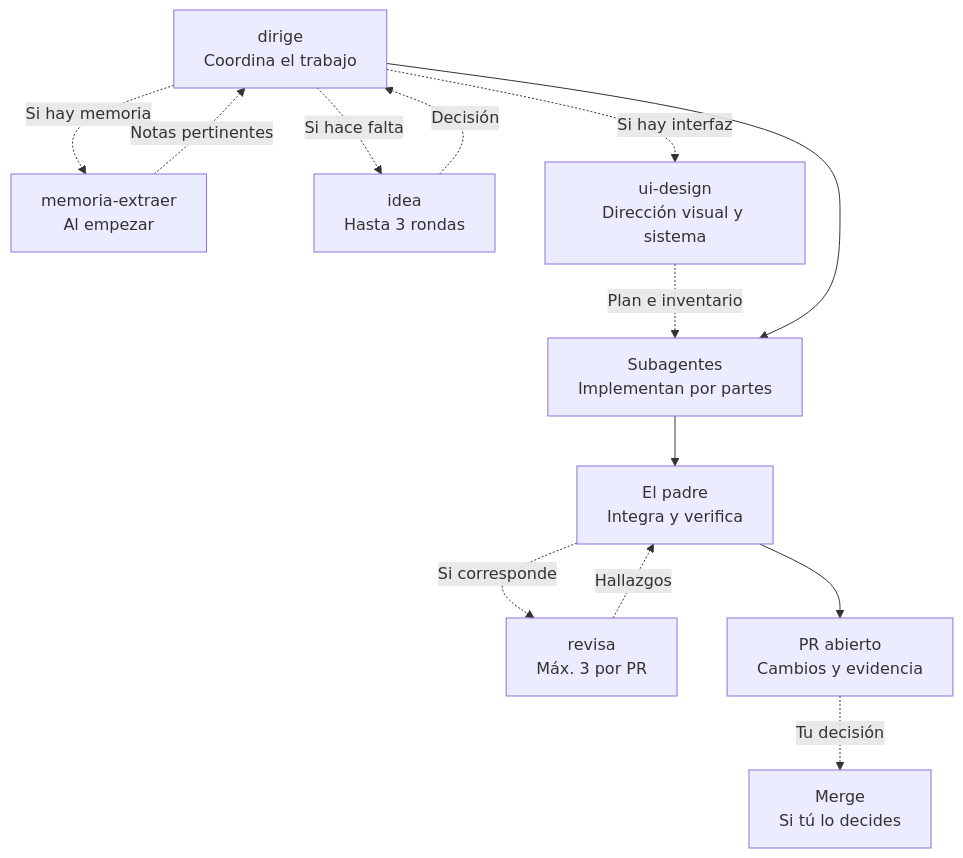
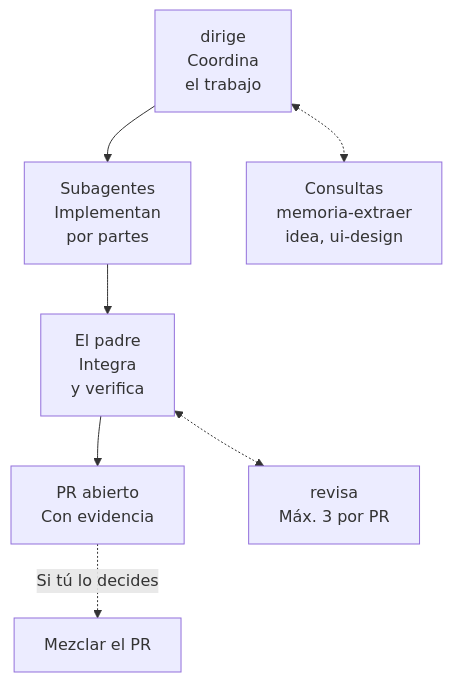
The first of 6 diagrams in README.md (peqa-ai/peqa-workflows), drawn with Mermaid before and after one commit. The commit also changed other lines of this file, not shown here.

Commit message:
docs(readme): español sin anglicismos y primer diagrama legible en el teléfono (#13)
Quita anglicismos de la prosa del README (rechecks, nitpicks, blast radius, review, tests, brief, screenshots y otros) y reorganiza el primer diagrama en una columna: su viewBox pasa de 987 a 447 de ancho y cabe entero en un teléfono de 375 px.

````diff
--- a/README.md
+++ b/README.md
@@ -11,26 +11,19 @@
 ```mermaid
 flowchart TD
     accTitle: Coordinación de una implementación con PEQA
-    accDescr: Al empezar, dirige recupera con memoria-extraer las notas del proyecto pertinentes para el encargo, si hay memoria. El padre coordina subagentes, integra y verifica su trabajo. Puede consultar idea para decisiones, fijar con ui-design la dirección visual antes de repartir trabajo de interfaz y pedir a revisa una revisión independiente. Los resultados vuelven al padre, que conserva la responsabilidad de entregar. La entrega es un PR abierto, y el merge solo ocurre si el usuario lo decide.
+    accDescr: El recorrido principal baja en una columna. dirige coordina el trabajo, los subagentes implementan por partes, el padre integra y verifica, y la entrega es un PR abierto con evidencia, que se mezcla solo si el usuario lo decide. A un lado, con enlaces punteados de ida y vuelta, dirige consulta si hace falta a memoria-extraer al empezar, a idea para decidir y a ui-design para la dirección visual, y el padre pide a revisa revisiones independientes, como máximo 3 por PR, cuyos hallazgos vuelven a él.
 
-    dirige["dirige<br/>Coordina el trabajo"]
-    memoria["memoria-extraer<br/>Al empezar"]
-    idea["idea<br/>Hasta 3 rondas"]
-    ui["ui-design<br/>Dirección visual y sistema"]
-    agentes["Subagentes<br/>Implementan por partes"]
-    padre["El padre<br/>Integra y verifica"]
+    dirige["dirige<br/>Coordina<br/>el trabajo"]
+    consultas["Consultas<br/>memoria-extraer<br/>idea, ui-design"]
+    agentes["Subagentes<br/>Implementan<br/>por partes"]
+    padre["El padre<br/>Integra<br/>y verifica"]
     revisa["revisa<br/>Máx. 3 por PR"]
-    entrega["PR abierto<br/>Cambios y evidencia"]
-    merge["Merge<br/>Si tú lo decides"]
+    entrega["PR abierto<br/>Con evidencia"]
+    mezcla["Mezclar el PR"]
 
-    dirige -. "Si hay memoria" .-> memoria
-    memoria -. "Notas pertinentes" .-> dirige
-    dirige -. "Si hace falta" .-> idea
-    idea -. "Decisión" .-> dirige
-    dirige -. "Si hay interfaz" .-> ui
-    ui -. "Plan e inventario" .-> agentes
     dirige --> agentes --> padre --> entrega
-    entrega -. "Tu decisión" .-> merge
-    padre -. "Si corresponde" .-> revisa
-    revisa -. "Hallazgos" .-> padre
+    dirige <-.-> consultas
+    padre <-.-> revisa
+    entrega -. "Si tú lo decides" .-> mezcla
+    consultas ~~~~ revisa
 ```
````
